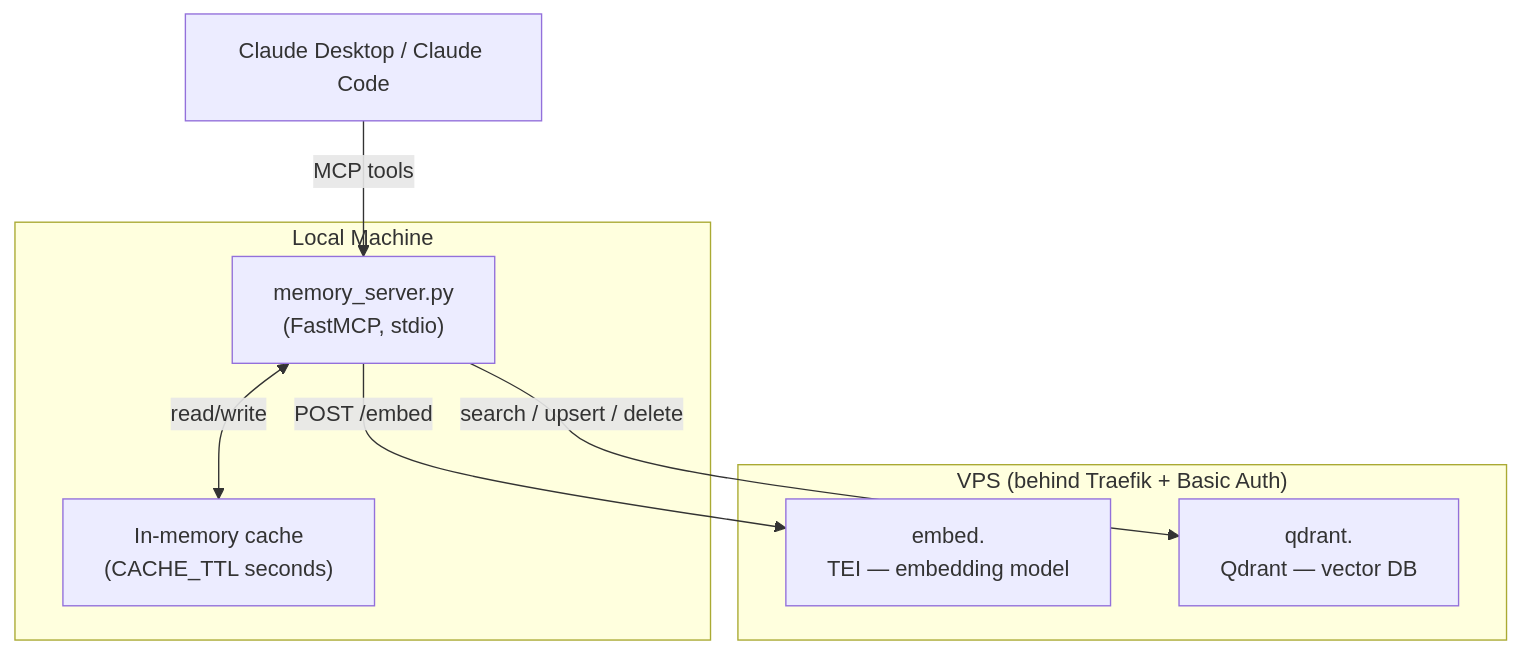
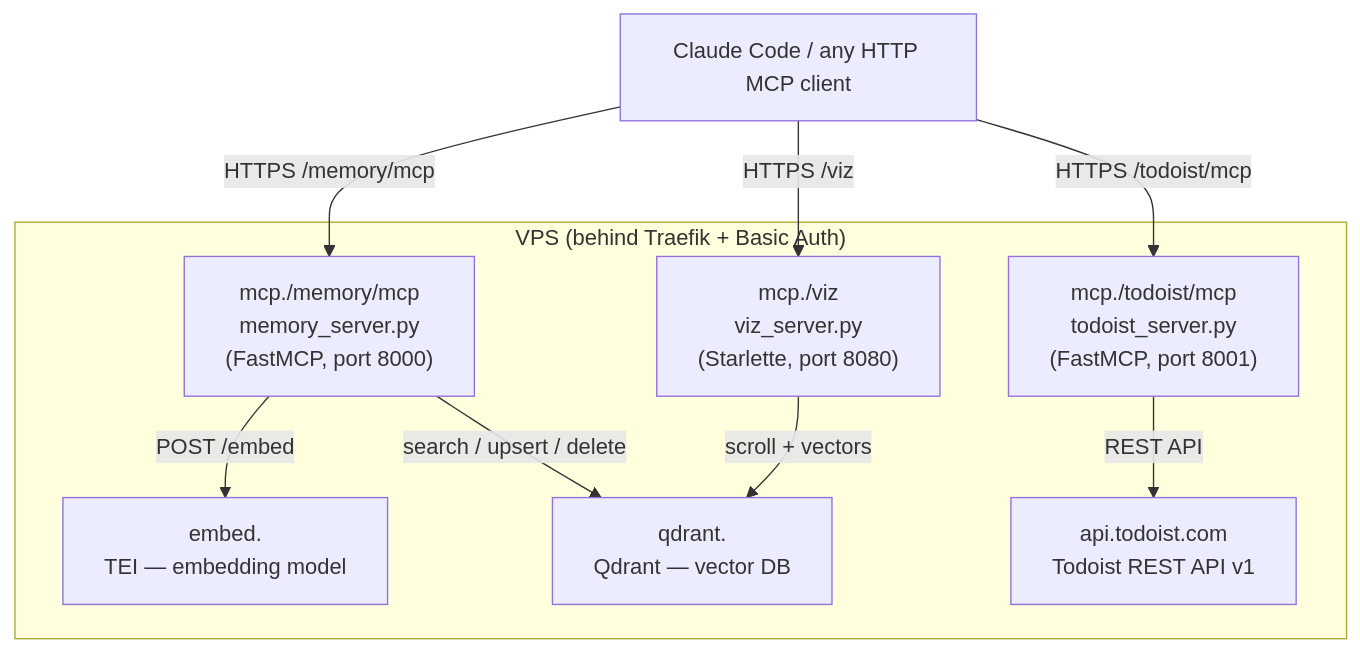
The first of 4 diagrams in README.MD (dzarlax/personal_memory), drawn with Mermaid before and after one commit. The commit also changed other lines of this file and 6 other files, not shown here.

First line of the commit message:
Remove stdio transport, keep HTTP-only

````diff
--- a/README.MD
+++ b/README.MD
@@ -21,19 +20,21 @@
 ```mermaid
 graph TD
-    Claude["Claude Desktop / Claude Code"]
+    Client["Claude Code / any HTTP MCP client"]
 
-    subgraph Local["Local Machine"]
-        MCP["memory_server.py\n(FastMCP, stdio)"]
-        Cache["In-memory cache\n(CACHE_TTL seconds)"]
+    subgraph VPS["VPS (behind Traefik + Basic Auth)"]
+        MemoryMCP["mcp.<domain>/memory/mcp\nmemory_server.py\n(FastMCP, port 8000)"]
+        TodoistMCP["mcp.<domain>/todoist/mcp\ntodoist_server.py\n(FastMCP, port 8001)"]
+        Viz["mcp.<domain>/viz\nviz_server.py\n(Starlette, port 8080)"]
+        TEI["embed.<domain>\nTEI — embedding model"]
+        Qdrant["qdrant.<domain>\nQdrant — vector DB"]
+        TodoistAPI["api.todoist.com\nTodoist REST API v1"]
     end
 
-    subgraph VPS["VPS (behind Traefik + Basic Auth)"]
-        TEI["embed.<domain>\nTEI — embedding model"]
-        Qdrant["qdrant.<domain>\nQdrant — vector DB"]
-    end
-
-    Claude -->|"MCP tools"| MCP
-    MCP -->|"POST /embed"| TEI
-    MCP -->|"search / upsert / delete"| Qdrant
-    MCP <-->|"read/write"| Cache
+    Client -->|"HTTPS /memory/mcp"| MemoryMCP
+    Client -->|"HTTPS /todoist/mcp"| TodoistMCP
+    Client -->|"HTTPS /viz"| Viz
+    MemoryMCP -->|"POST /embed"| TEI
+    MemoryMCP -->|"search / upsert / delete"| Qdrant
+    Viz -->|"scroll + vectors"| Qdrant
+    TodoistMCP -->|"REST API"| TodoistAPI
 ```
````
